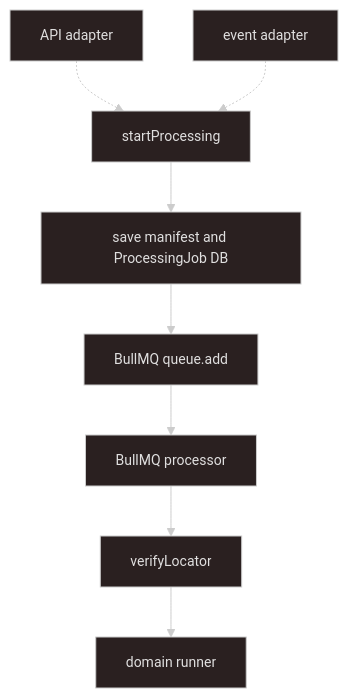
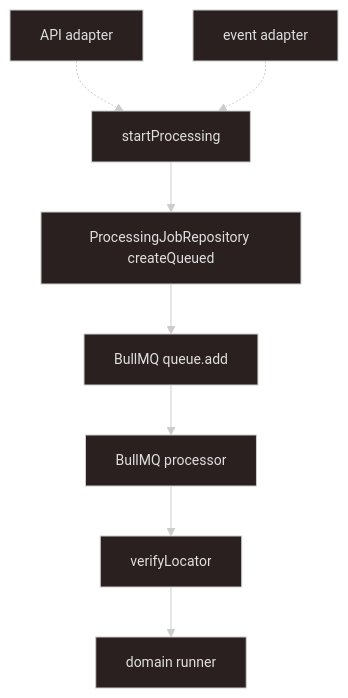
The diagram in .cursor/skills/async-processing/SKILL.md (kyung-lee-official/turborepo-sandbox), drawn with Mermaid before and after one commit. The commit also changed other lines of this file, not shown here.

First line of the commit message:
wip: update async-processing skill docs to reflect current architecture

````diff
--- a/.cursor/skills/async-processing/SKILL.md
+++ b/.cursor/skills/async-processing/SKILL.md
@@ -26,23 +25,23 @@
 ```mermaid
 ---
 config:
   theme: neo-dark
 ---
 flowchart TD
   apiAdp["API adapter"]
   eventAdp["event adapter"]
   start["startProcessing"]
-  persist["save manifest and ProcessingJob DB"]
+  persist["ProcessingJobRepository createQueued"]
   enqueue["BullMQ queue.add"]
   worker["BullMQ processor"]
   verify["verifyLocator"]
   domain["domain runner"]
 
   apiAdp -.-> start
   eventAdp -.-> start
   start --> persist
   persist --> enqueue
   enqueue --> worker
   worker --> verify
   verify --> domain
 ```
````
